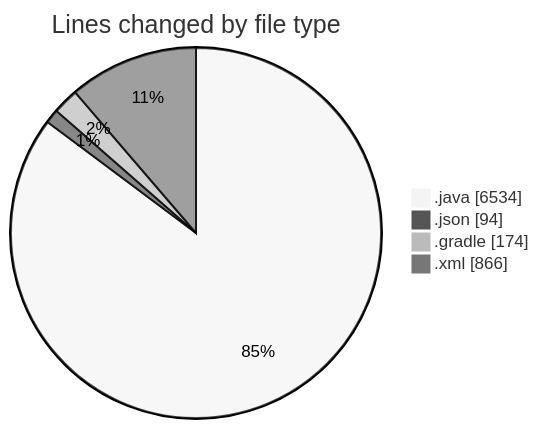
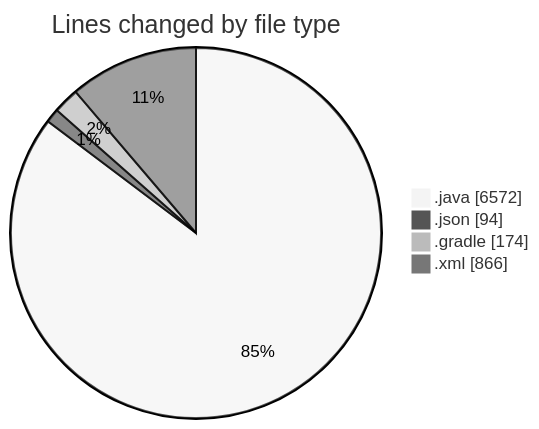
The first of 2 diagrams in 2025-02-22/micros/README.md (charlie-sans/code-tracking), drawn with Mermaid (neutral theme) before and after one commit. The commit also changed other lines of this file and 1 other file, not shown here.

````diff
--- a/2025-02-22/micros/README.md
+++ b/2025-02-22/micros/README.md
@@ -63,8 +63,8 @@
 ```mermaid
 pie showData
 title Lines changed by file type
-".java" : 6534
+".java" : 6572
 ".json" : 94
 ".gradle" : 174
 ".xml" : 866
 ```
````
